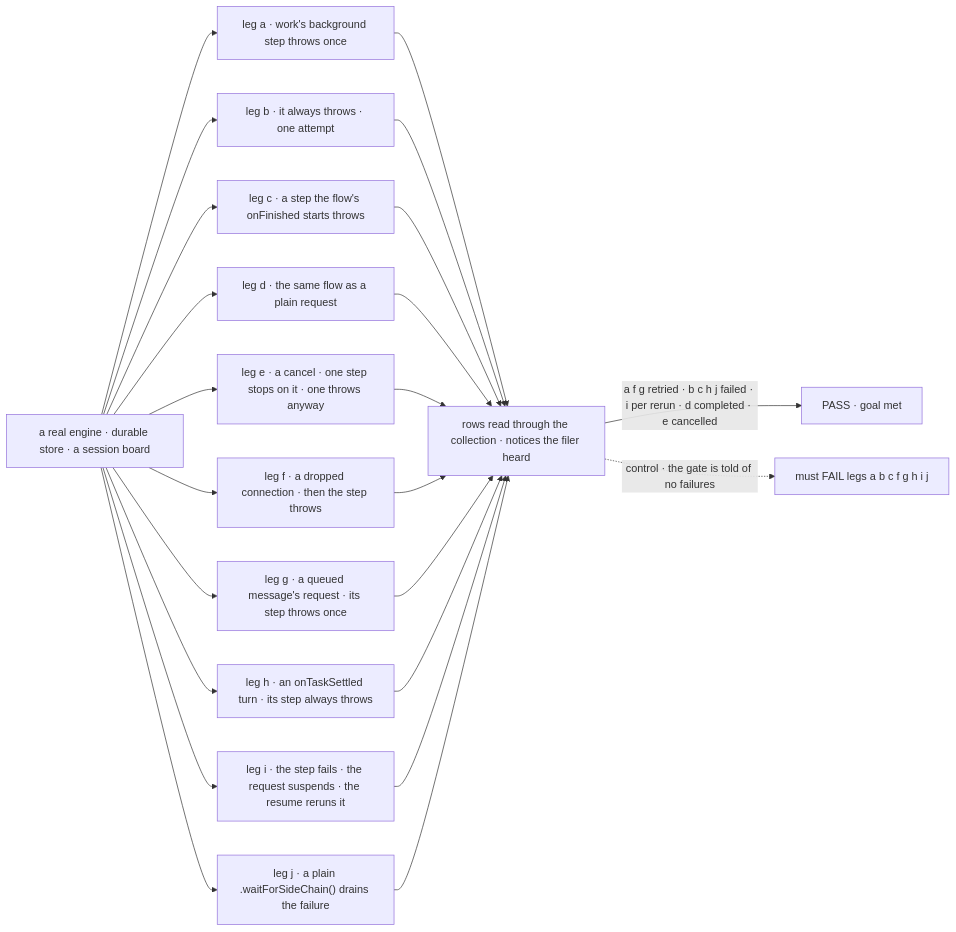
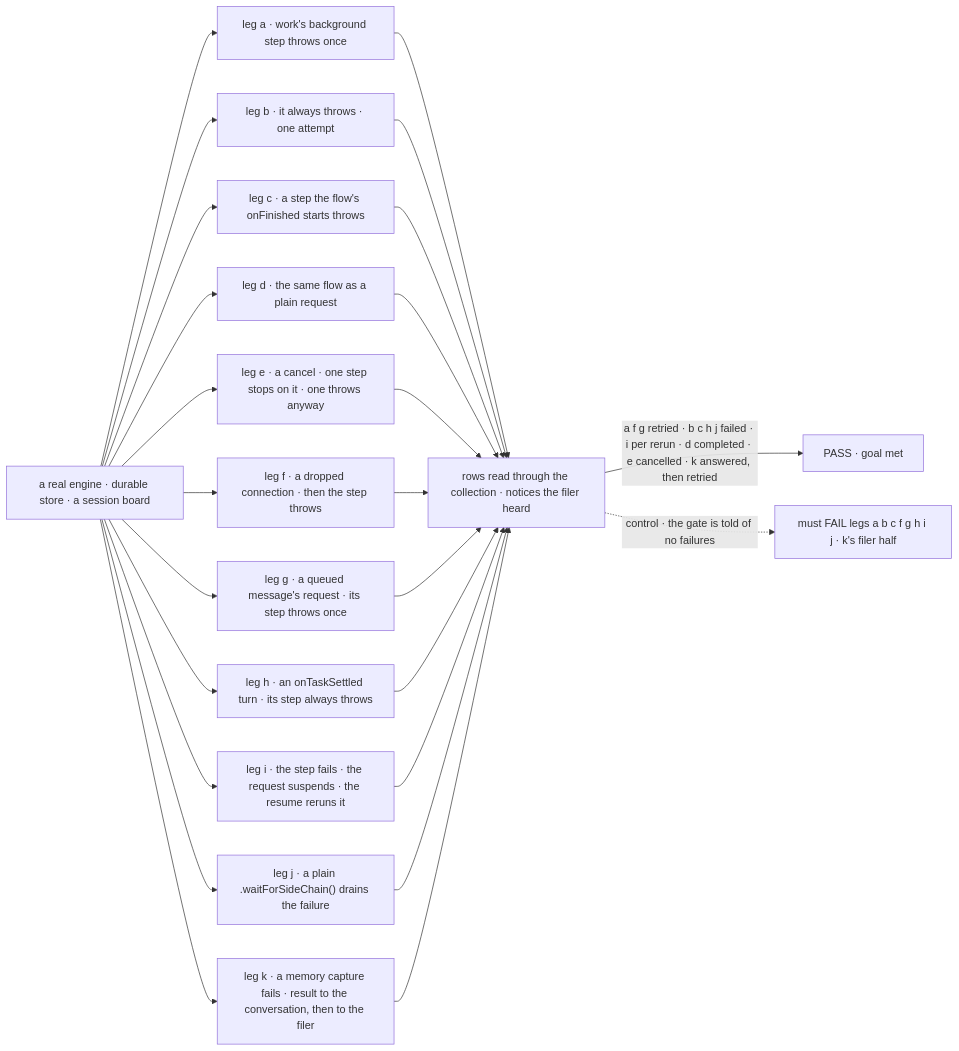
One commit to fixpoint-labs/flow-state-dev changed the first of 2 diagrams in specs/issues/FIX-2088/SPEC.md. Above: the diagram before and after it, drawn with Mermaid. The commit also changed other lines of this file and 4 other files, not shown here.

````diff
--- a/specs/issues/FIX-2088/SPEC.md
+++ b/specs/issues/FIX-2088/SPEC.md
@@ -28,25 +29,27 @@
 ```mermaid
 flowchart LR
   A["a real engine · durable store · a session board"] --> L1["leg a · work's background step throws once"]
   A --> L2["leg b · it always throws · one attempt"]
   A --> L3["leg c · a step the flow's onFinished starts throws"]
   A --> L4["leg d · the same flow as a plain request"]
   A --> L5["leg e · a cancel · one step stops on it · one throws anyway"]
   A --> L6["leg f · a dropped connection · then the step throws"]
   A --> L7["leg g · a queued message's request · its step throws once"]
   A --> L8["leg h · an onTaskSettled turn · its step always throws"]
   A --> L9["leg i · the step fails · the request suspends · the resume reruns it"]
   A --> L10["leg j · a plain .waitForSideChain() drains the failure"]
+  A --> L11["leg k · a memory capture fails · result to the conversation, then to the filer"]
   L1 --> R["rows read through the collection · notices the filer heard"]
   L2 --> R
   L3 --> R
   L4 --> R
   L5 --> R
   L6 --> R
   L7 --> R
   L8 --> R
   L9 --> R
   L10 --> R
-  R -->|"a f g retried · b c h j failed · i per rerun · d completed · e cancelled"| P["PASS · goal met"]
-  R -.->|"control · the gate is told of no failures"| F["must FAIL legs a b c f g h i j"]
+  L11 --> R
+  R -->|"a f g retried · b c h j failed · i per rerun · d completed · e cancelled · k answered, then retried"| P["PASS · goal met"]
+  R -.->|"control · the gate is told of no failures"| F["must FAIL legs a b c f g h i j · k's filer half"]
 ```
````
